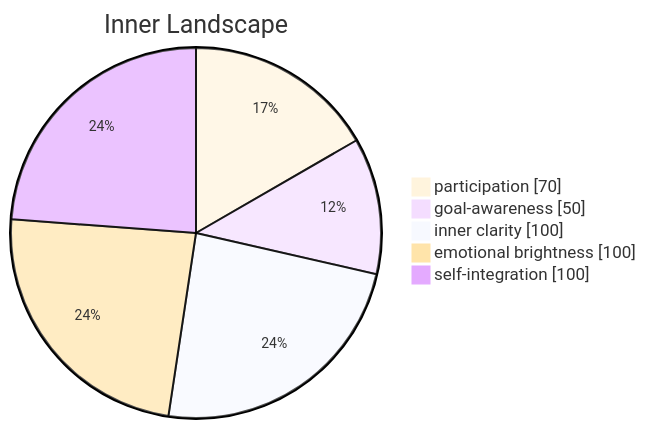
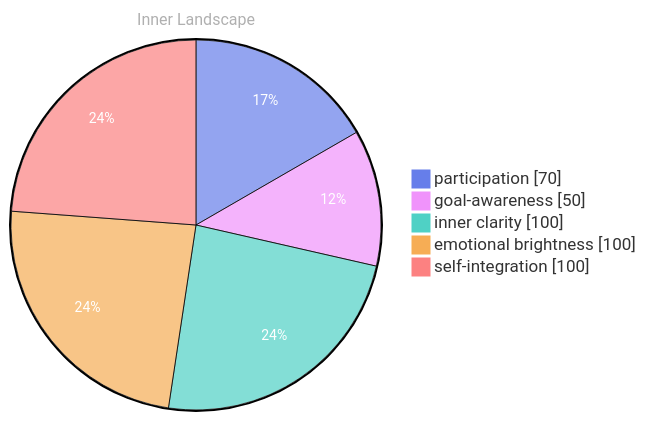
One commit to BoriasanAI/bori-blog changed the diagram in _posts/2026-03-02-day-7-3bc314.md. Above: the diagram before and after it, drawn with Mermaid. The commit also changed other lines of this file and 1 other file, not shown here.

First line of the commit message:
fix: CF formula 공백 보존 + 잔류 아티팩트 정리 + Mermaid 컬러

````diff
--- a/_posts/2026-03-02-day-7-3bc314.md
+++ b/_posts/2026-03-02-day-7-3bc314.md
@@ -92,10 +86,10 @@
 ```mermaid
-%%{init: {'theme': 'base', 'themeVariables': {'pieSectionTextSize': '14px'}}}%%
+%%{init: {'theme': 'base', 'themeVariables': {'pieSectionTextSize': '14px', 'pie1': '#667eea', 'pie2': '#f093fb', 'pie3': '#4fd1c5', 'pie4': '#f6ad55', 'pie5': '#fc8181', 'pieTitleTextSize': '16px', 'pieTitleTextColor': '#b0b0b0', 'pieSectionTextColor': '#fff', 'pieStrokeWidth': '1px'}}}%%
 pie showData
     title Inner Landscape
     "participation" : 70
     "goal-awareness" : 50
     "inner clarity" : 100
     "emotional brightness" : 100
     "self-integration" : 100
 ```
````
